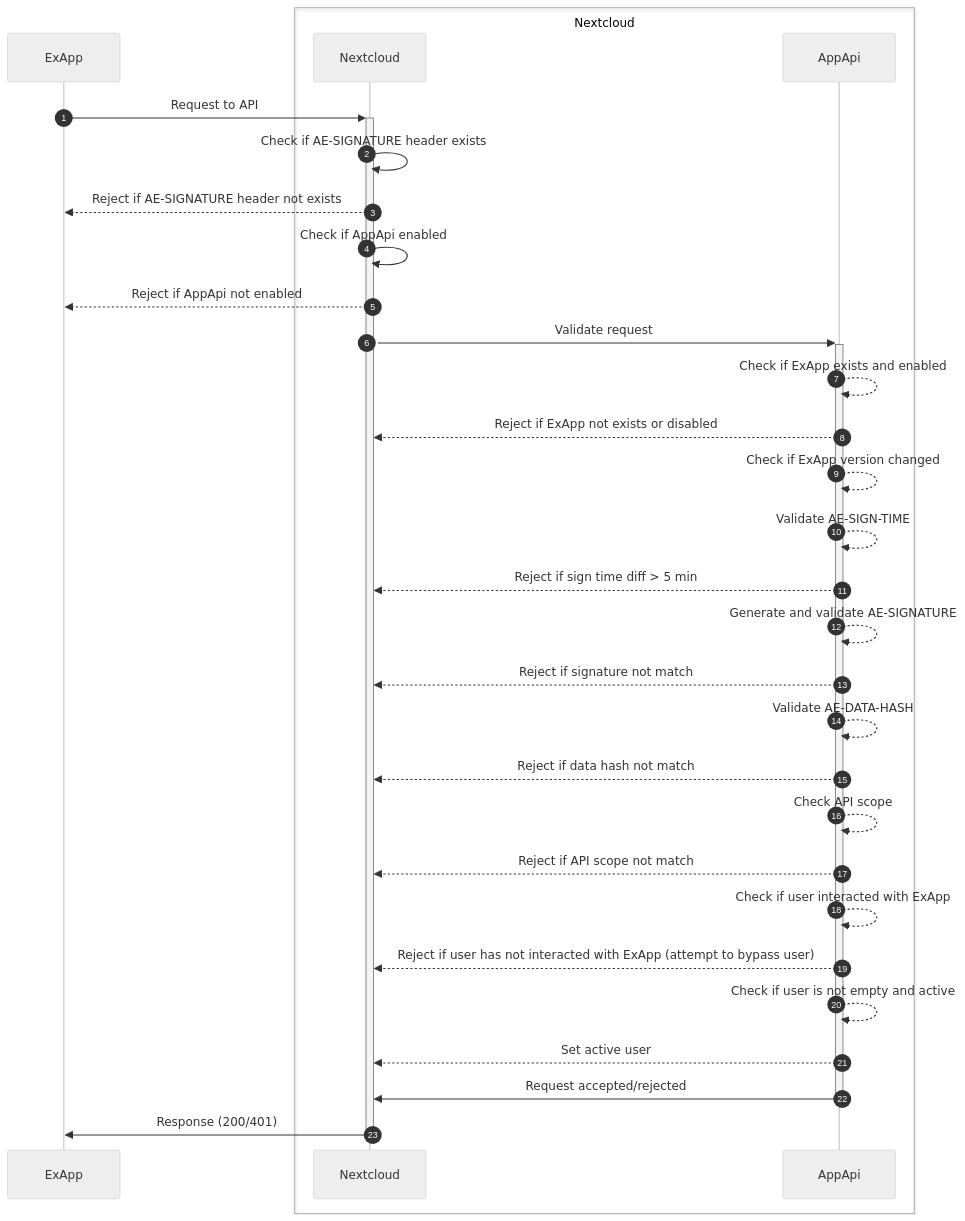
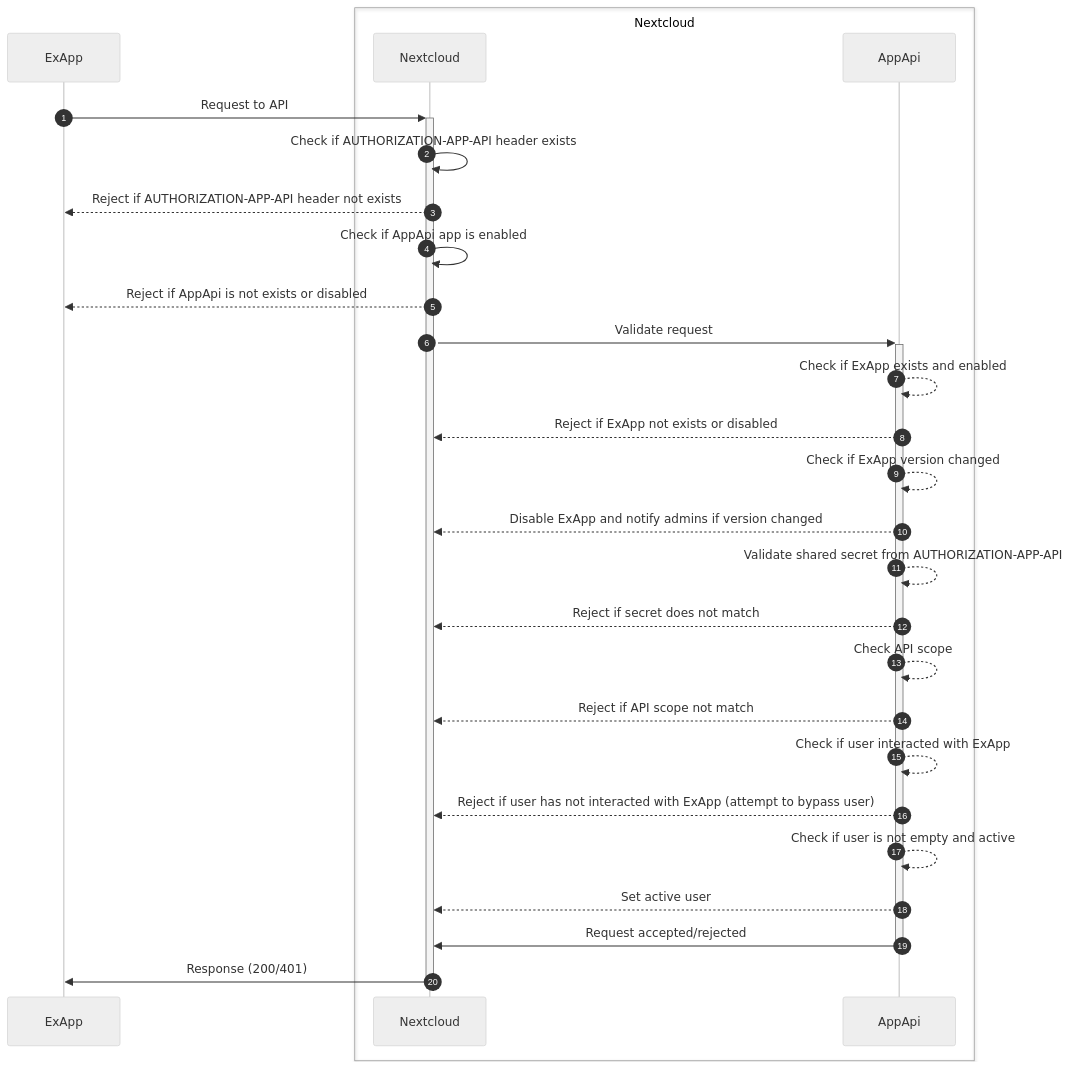
One commit to nextcloud/app_api changed the second of 2 diagrams in docs/tech_details/Authentication.rst. Above: the diagram before and after it, drawn with Mermaid (neutral theme). The commit also changed other lines of this file and 1 other file, not shown here.

```diff
--- a/docs/tech_details/Authentication.rst
+++ b/docs/tech_details/Authentication.rst
@@ -66,33 +42,30 @@
 .. mermaid::
 	:zoom:
 
 	sequenceDiagram
 		autonumber
 		participant ExApp
 		box Nextcloud
 			participant Nextcloud
 			participant AppApi
 		end
 		ExApp->>+Nextcloud: Request to API
-		Nextcloud->>Nextcloud: Check if AE-SIGNATURE header exists
-		Nextcloud-->>ExApp: Reject if AE-SIGNATURE header not exists
-		Nextcloud->>Nextcloud: Check if AppApi enabled
-		Nextcloud-->>ExApp: Reject if AppApi not enabled
+		Nextcloud->>Nextcloud: Check if AUTHORIZATION-APP-API header exists
+		Nextcloud-->>ExApp: Reject if AUTHORIZATION-APP-API header not exists
+		Nextcloud->>Nextcloud: Check if AppApi app is enabled
+		Nextcloud-->>ExApp: Reject if AppApi is not exists or disabled
 		Nextcloud->>+AppApi: Validate request
 		AppApi-->>AppApi: Check if ExApp exists and enabled
 		AppApi-->>Nextcloud: Reject if ExApp not exists or disabled
 		AppApi-->>AppApi: Check if ExApp version changed
-		AppApi-->>AppApi: Validate AE-SIGN-TIME
-		AppApi-->>Nextcloud: Reject if sign time diff > 5 min
-		AppApi-->>AppApi: Generate and validate AE-SIGNATURE
-		AppApi-->>Nextcloud: Reject if signature not match
-		AppApi-->>AppApi: Validate AE-DATA-HASH
-		AppApi-->>Nextcloud: Reject if data hash not match
+		AppApi-->>Nextcloud: Disable ExApp and notify admins if version changed
+		AppApi-->>AppApi: Validate shared secret from AUTHORIZATION-APP-API
+		AppApi-->>Nextcloud: Reject if secret does not match
 		AppApi-->>AppApi: Check API scope
 		AppApi-->>Nextcloud: Reject if API scope not match
 		AppApi-->>AppApi: Check if user interacted with ExApp
 		AppApi-->>Nextcloud: Reject if user has not interacted with ExApp (attempt to bypass user)
 		AppApi-->>AppApi: Check if user is not empty and active
 		AppApi-->>Nextcloud: Set active user
 		AppApi->>-Nextcloud: Request accepted/rejected
 		Nextcloud->>-ExApp: Response (200/401)
```
